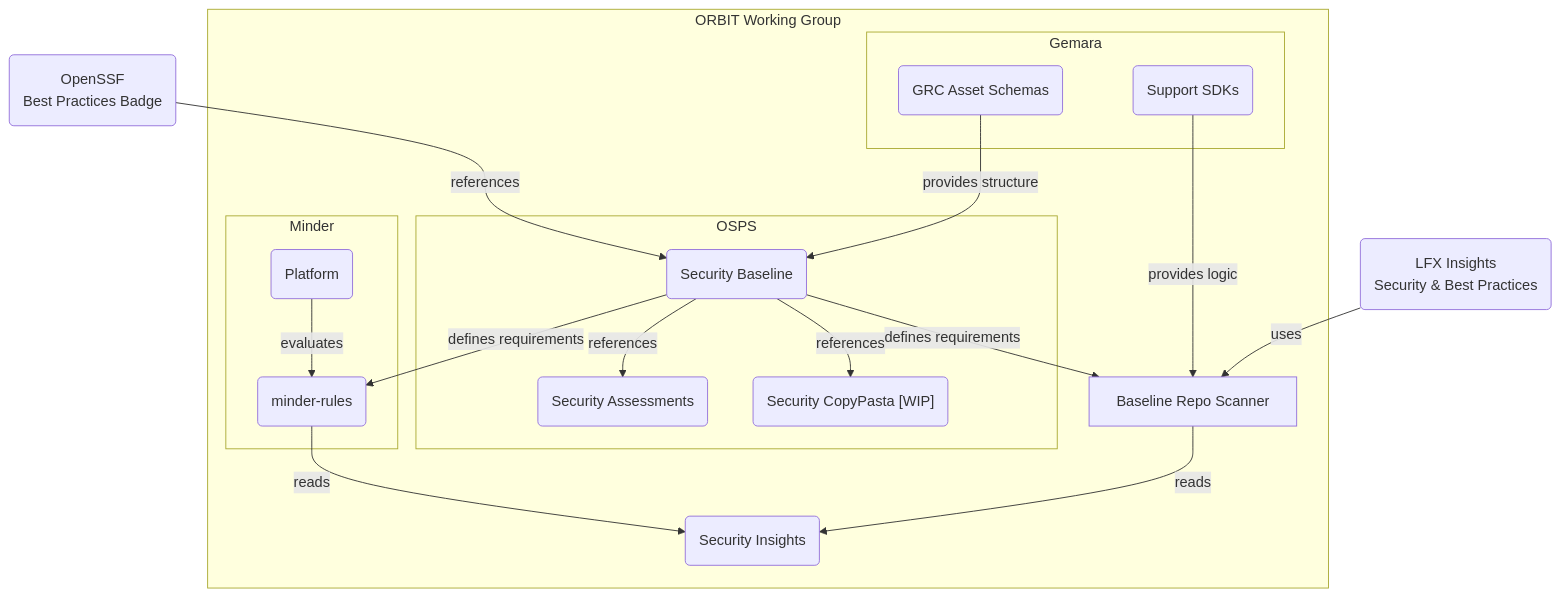
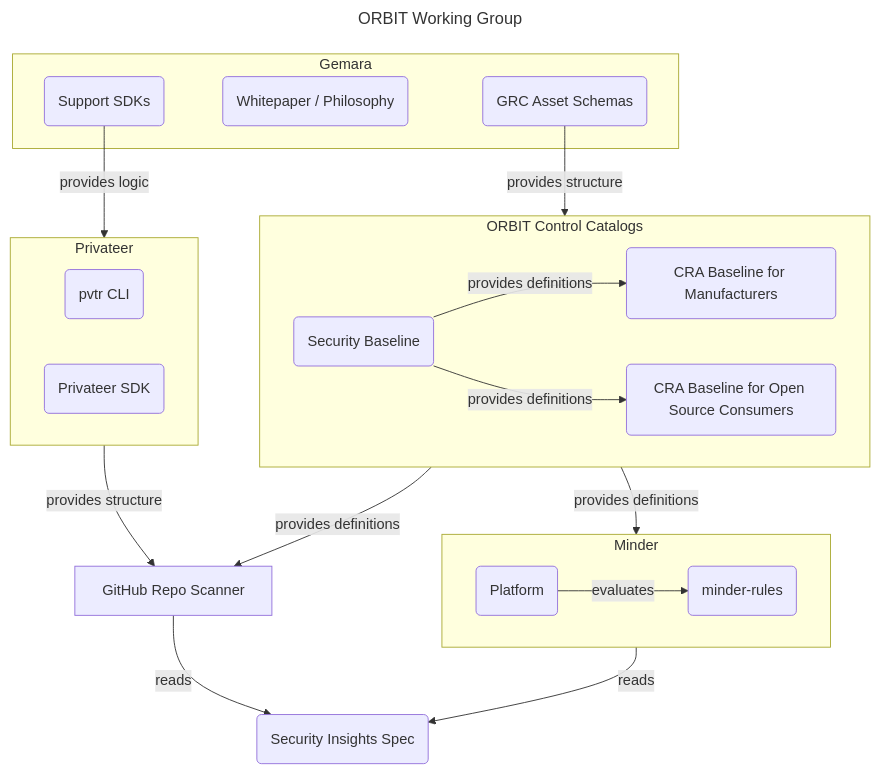
Before and after one commit to ossf/wg-orbit: the diagram in README.md, drawn with Mermaid.

Commit message:
Update ORBIT Working Group flowchart in README

````diff
--- a/README.md
+++ b/README.md
@@ -28,53 +28,52 @@
 ```mermaid
+---
+title: ORBIT Working Group
+---
 flowchart TD
 
-    BPB(OpenSSF
-    Best Practices Badge)
-    LFXInsights(LFX Insights
-    Security & Best Practices)
-
-    subgraph ORBIT Working Group
-
-        subgraph OSPS
-            Assessments(Security Assessments)
-            CopyPasta("Security CopyPasta [WIP]")
-            Baseline(Security Baseline)
-        end
-
-        subgraph Gemara
-            GemaraSDK(Support SDKs)
-            GemaraSchemas(GRC Asset Schemas)
-        end
-
-        SecurityInsights(Security Insights)
-        subgraph Minder
-        MinderPlatform(Platform)
-        minder-rules(minder-rules)
-        end
-
-        pvtr[ Baseline Repo Scanner]
-        click pvtr "https://github.com/revanite-io/pvtr-github-repo?tab=readme-ov-file#readme"
-
+    subgraph OCC[ORBIT Control Catalogs]
+        Baseline(Security Baseline)
+        CRABFOMA(CRA Baseline for Manufacturers)
+        CRABFOSC(CRA Baseline for Open Source Consumers)
     end
 
-    BPB -->| references | Baseline
-    Baseline --> | references | Assessments & CopyPasta
+    subgraph Gemara
+        GemaraSDK(Support SDKs)
+        Whitepaper(Whitepaper / Philosophy)
+        GemaraSchemas(GRC Asset Schemas)
+    end
+
+    SecurityInsights(Security Insights Spec)
+
+    subgraph Minder
+        minder-rules(minder-rules)
+        MinderPlatform(Platform)
+    end
+
+    subgraph Privateer
+        pvtr(pvtr CLI)
+        pvtrSDK(Privateer SDK)
+    end
+
+    BaselineScanner[GitHub Repo Scanner]
+    click BaselineScanner "https://github.com/revanite-io/pvtr-github-repo?tab=readme-ov-file#readme"
+
+    Baseline --> | provides definitions |CRABFOMA & CRABFOSC
+    Privateer -->| provides structure| BaselineScanner
+    GemaraSchemas -->| provides structure| OCC
+    BaselineScanner -->|reads | SecurityInsights
+    GemaraSDK -->|provides logic |Privateer
+    OCC --> | provides definitions | BaselineScanner & Minder
+    Minder -->|reads| SecurityInsights
     MinderPlatform -->|evaluates| minder-rules
-    minder-rules -->|reads| SecurityInsights
-    GemaraSchemas -->| provides structure| Baseline
-    pvtr -->|reads | SecurityInsights
-    GemaraSDK -->|provides logic |pvtr
-    LFXInsights -->|uses |pvtr
-    Baseline -->| defines requirements | pvtr & minder-rules
 
     click LFXInsights "https://insights.linuxfoundation.org/"
-    click Assessments "https://github.com/ossf/security-assessments?tab=readme-ov-file#readme"
     click Baseline "https://baseline.openssf.org"
     click BPB "https://openssf.org/projects/best-practices-badge/"
     click GemaraSDK "https://gemara.openssf.org/implementation/#go-sdk"
     click GemaraSchemas "https://gemara.openssf.org/implementation/#layer-schemas"
     click GemaraLexicon "https://gemara.openssf.org/lexicon/"
     click SecurityInsights "https://github.com/ossf/security-insights?tab=readme-ov-file#readme"
     click MinderPlatform "https://github.com/mindersec/minder?tab=readme-ov-file#readme"
     click minder-rules "https://github.com/mindersec/minder-rules-and-profiles?tab=readme-ov-file#readme"
 ```
````
